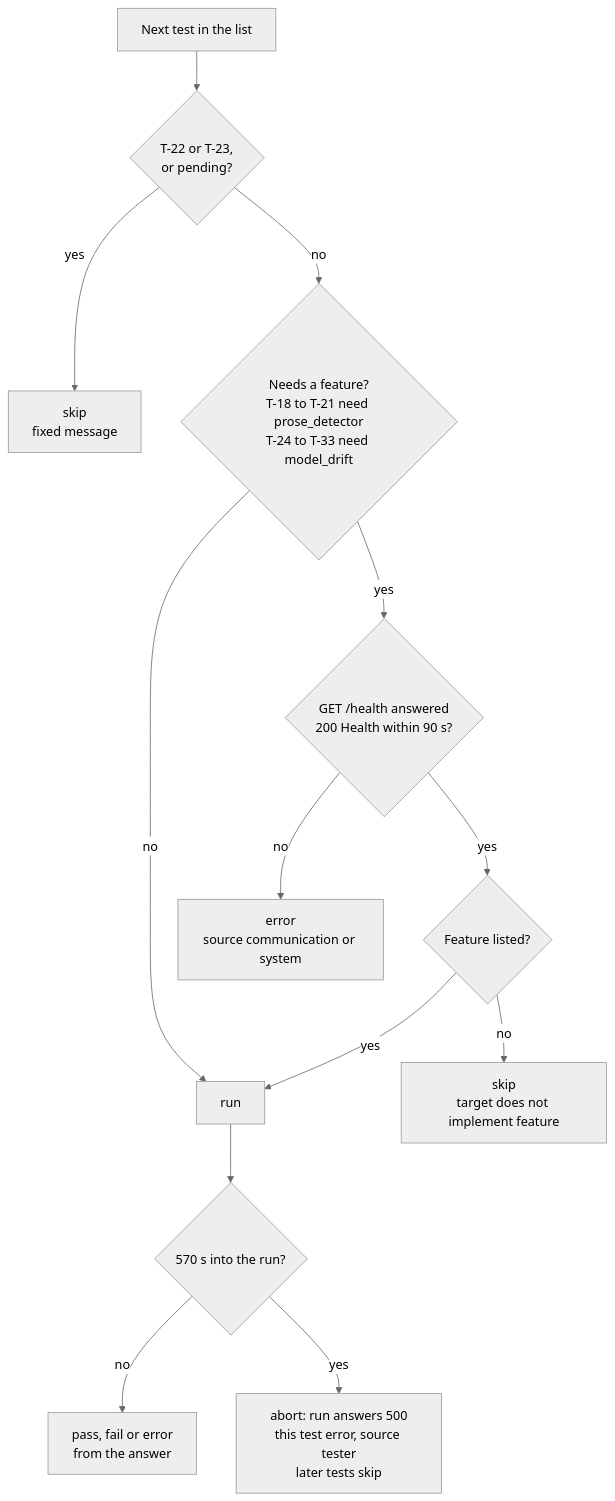
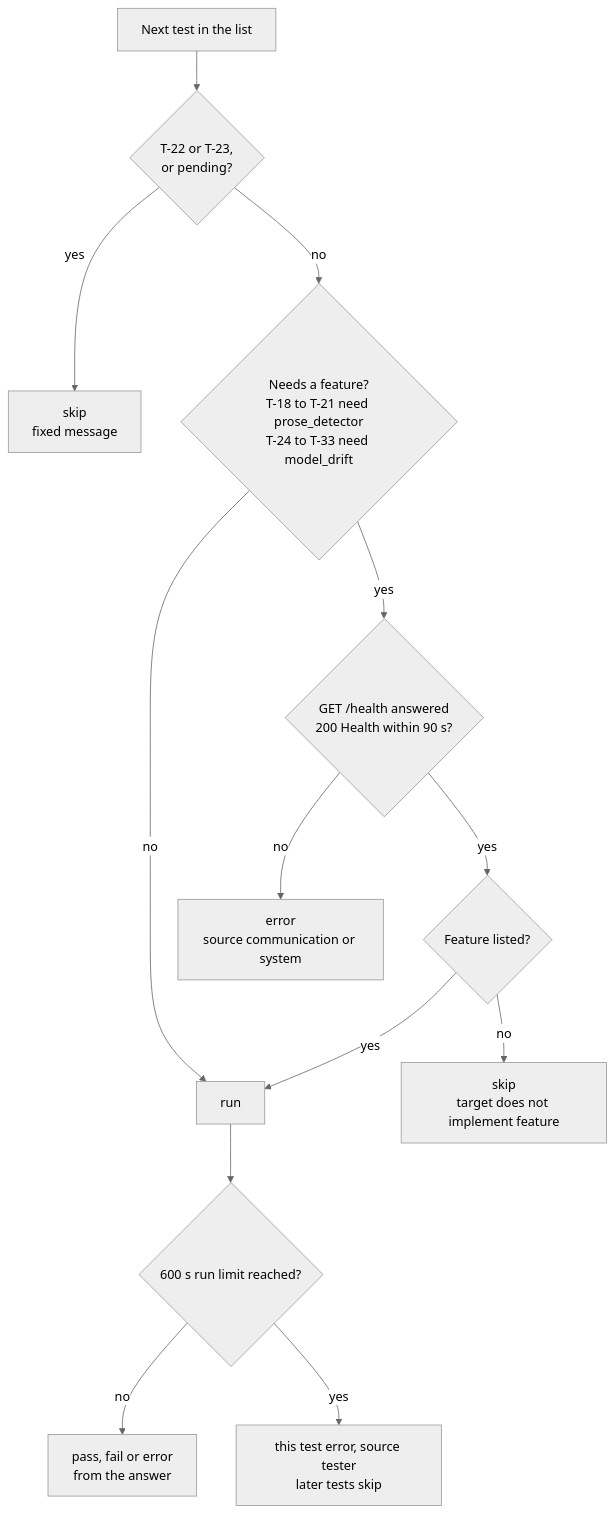
The second of 3 diagrams in docs/history/contract-2.4.0-changes.md (MuhammadSban/DocumentationModelDrifter), drawn with Mermaid (neutral theme) before and after one commit. The commit also changed other lines of this file and 7 other files, not shown here.

````diff
--- a/docs/history/contract-2.4.0-changes.md
+++ b/docs/history/contract-2.4.0-changes.md
@@ -96,15 +84,15 @@
 ```mermaid
 flowchart TD
     T["Next test in the list"] --> A{"T-22 or T-23,<br/>or pending?"}
     A -->|yes| SK1["skip<br/>fixed message"]
     A -->|no| B{"Needs a feature?<br/>T-18 to T-21 need prose_detector<br/>T-24 to T-33 need model_drift"}
     B -->|no| RUN["run"]
     B -->|yes| C{"GET /health answered<br/>200 Health within 90 s?"}
     C -->|no| ERR["error<br/>source communication or system"]
     C -->|yes| D{"Feature listed?"}
     D -->|yes| RUN
     D -->|no| SK2["skip<br/>target does not implement feature"]
-    RUN --> LIM{"570 s into the run?"}
+    RUN --> LIM{"600 s run limit reached?"}
     LIM -->|no| OUT["pass, fail or error<br/>from the answer"]
-    LIM -->|yes| STOP["abort: run answers 500<br/>this test error, source tester<br/>later tests skip"]
+    LIM -->|yes| STOP["this test error, source tester<br/>later tests skip"]
 ```
````
